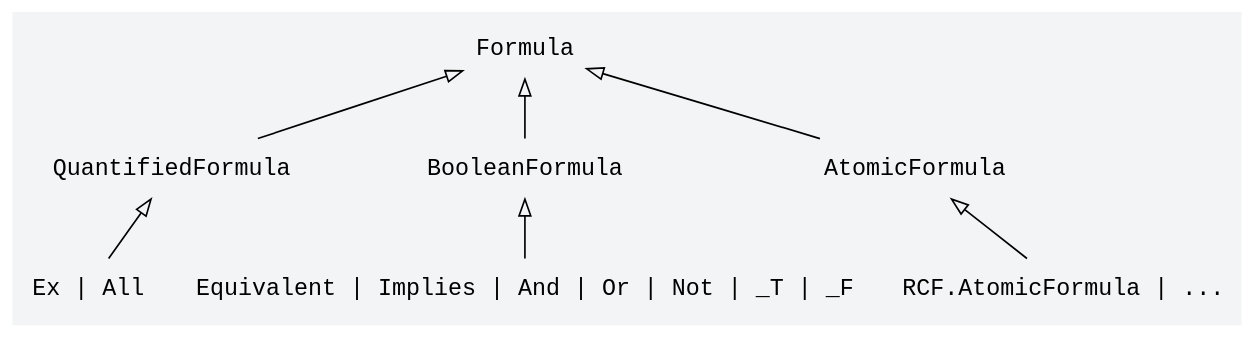
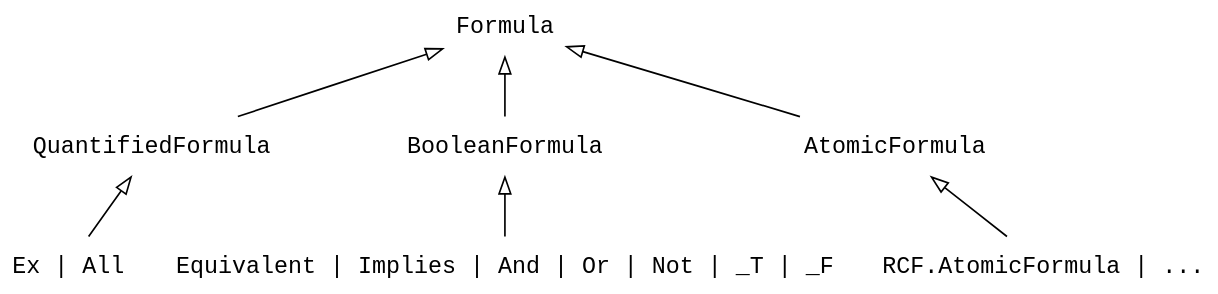
Before and after one commit to logic1-eu/logic1: the first of 2 diagrams in doc/source/api/firstorder/firstorder.rst, drawn with Graphviz. The commit also changed other lines of this file and 12 other files, not shown here.

```diff
--- a/doc/source/api/firstorder/firstorder.rst
+++ b/doc/source/api/firstorder/firstorder.rst
@@ -12,13 +16,14 @@
-.. graphviz::
+  .. graphviz::
+    :class: only-light
 
-   digraph foo {
-      bgcolor="#f3f4f5";
-      edge [dir=back, arrowtail=empty];
-      node [shape=plaintext, fontname="monospace"];
-      "Formula" -> "QuantifiedFormula";
-      "Formula" -> "BooleanFormula" ;
-      "Formula" -> "AtomicFormula";
-      QuantifiedFormula -> "Ex | All";
-      "BooleanFormula" -> "Equivalent | Implies | And | Or | Not | _T | _F";
-      AtomicFormula -> "RCF.AtomicFormula | ...";
-   }
+     digraph foo {
+        bgcolor="transparent";
+        edge [dir=back, arrowtail=empty];
+        node [shape=plaintext, fontname="monospace"];
+        "Formula" -> "QuantifiedFormula";
+        "Formula" -> "BooleanFormula" ;
+        "Formula" -> "AtomicFormula";
+        QuantifiedFormula -> "Ex | All";
+        "BooleanFormula" -> "Equivalent | Implies | And | Or | Not | _T | _F";
+        AtomicFormula -> "RCF.AtomicFormula | ...";
+     }
```
